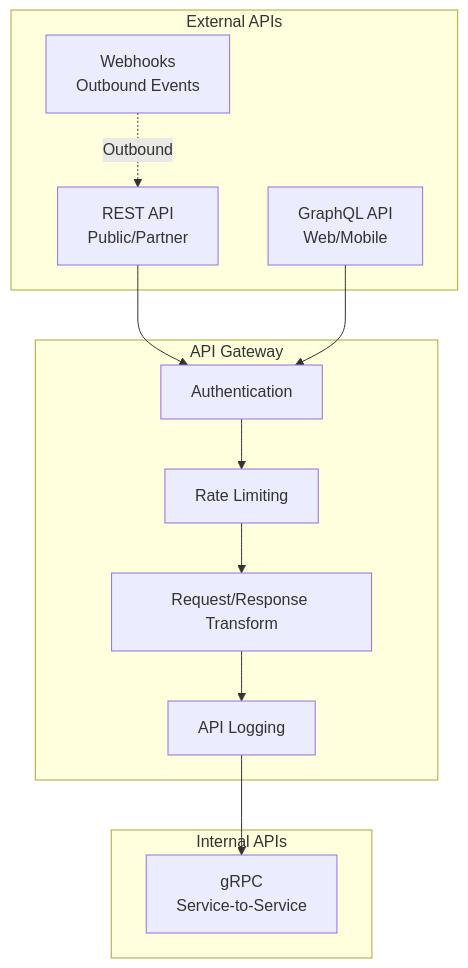
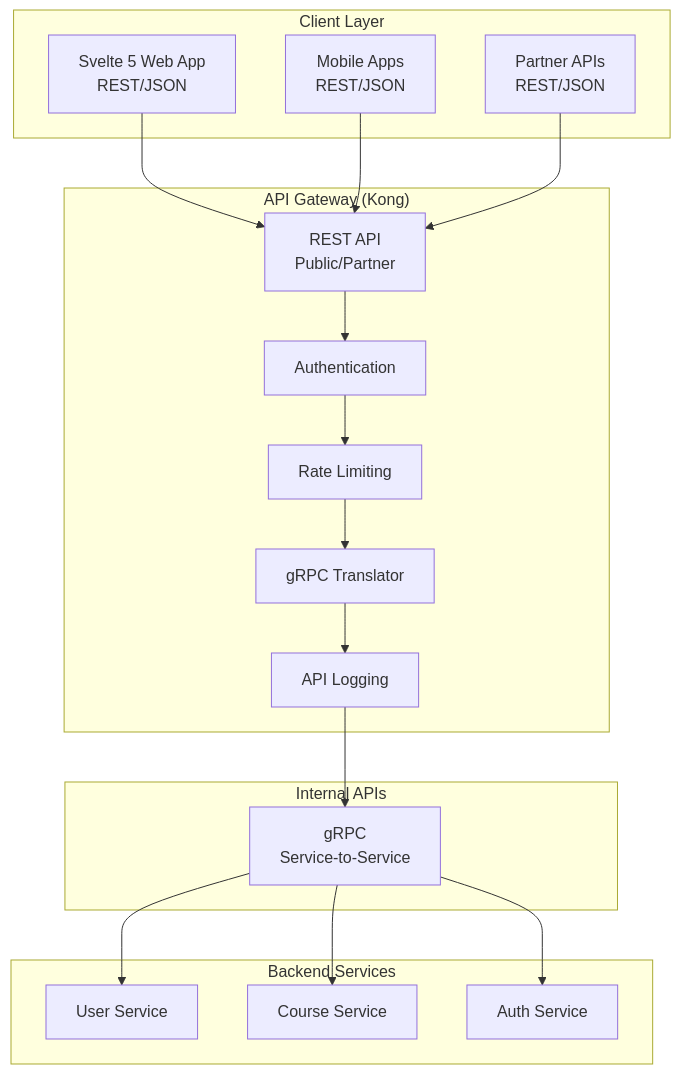
One commit to MuhibNayem/SkillForge changed diagram 13 of 28 in docs/ARCHITECTURE.md. Above: the diagram before and after it, drawn with Mermaid. The commit also changed other lines of this file and 108 other files, not shown here.

Commit message:
feat: Implement initial microservices architecture for SkillForge, including Go services, Svelte client, and foundational infrastructure.

````diff
--- a/docs/ARCHITECTURE.md
+++ b/docs/ARCHITECTURE.md
@@ -1115,28 +1324,40 @@
 ```mermaid
 flowchart TB
-    subgraph "External APIs"
+    subgraph "Client Layer"
+        web[Svelte 5 Web App<br/>REST/JSON]
+        mobile[Mobile Apps<br/>REST/JSON]
+        partners[Partner APIs<br/>REST/JSON]
+    end
+
+    subgraph "API Gateway (Kong)"
         rest[REST API<br/>Public/Partner]
-        graphql[GraphQL API<br/>Web/Mobile]
-        webhook[Webhooks<br/>Outbound Events]
+        gateway_auth[Authentication]
+        gateway_rate[Rate Limiting]
+        grpc_translator[gRPC Translator]
+        logging[API Logging]
     end
-    
+
     subgraph "Internal APIs"
         grpc[gRPC<br/>Service-to-Service]
     end
-    
-    subgraph "API Gateway"
-        auth[Authentication]
-        rate[Rate Limiting]
-        transform[Request/Response Transform]
-        logging[API Logging]
+
+    subgraph "Backend Services"
+        user_svc[User Service]
+        course_svc[Course Service]
+        auth_svc[Auth Service]
     end
-    
-    rest --> auth
-    graphql --> auth
-    auth --> rate
-    rate --> transform
-    transform --> logging
+
+    web --> rest
+    mobile --> rest
+    partners --> rest
+
+    rest --> gateway_auth
+    gateway_auth --> gateway_rate
+    gateway_rate --> grpc_translator
+    grpc_translator --> logging
     logging --> grpc
-    
-    webhook -.->|Outbound| rest
+
+    grpc --> user_svc
+    grpc --> course_svc
+    grpc --> auth_svc
 ```
````
